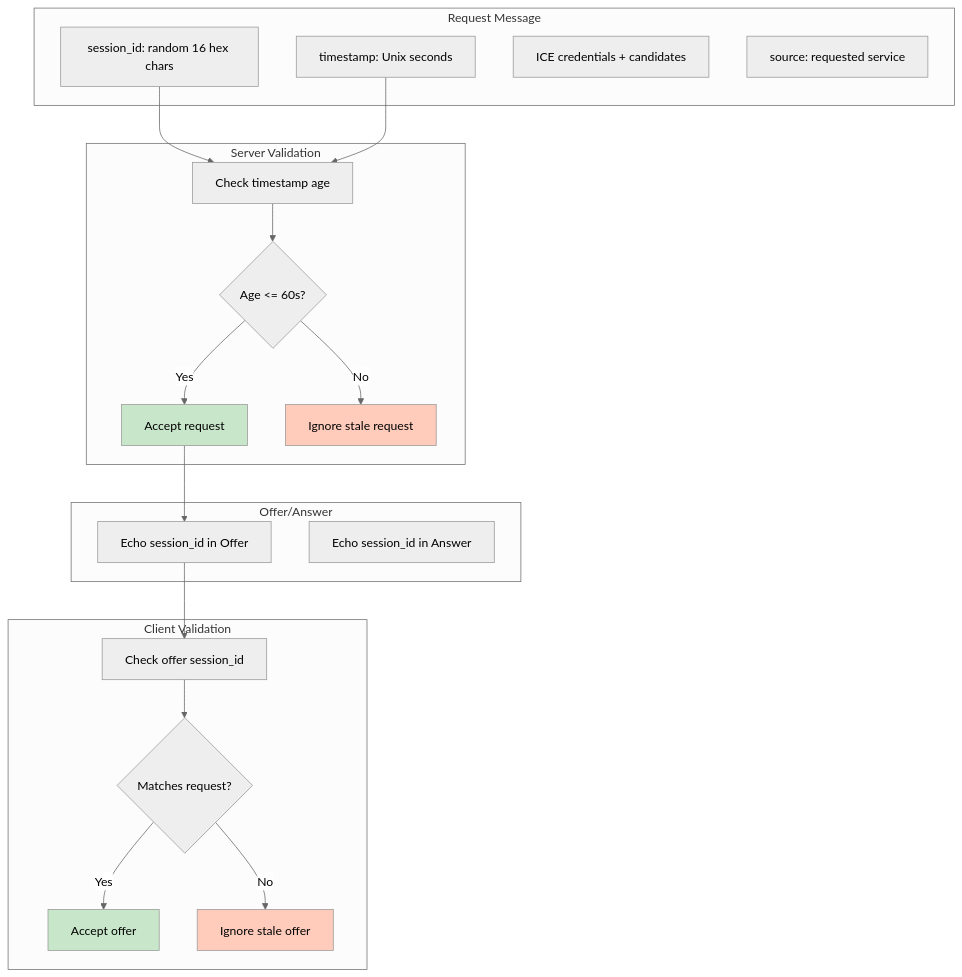
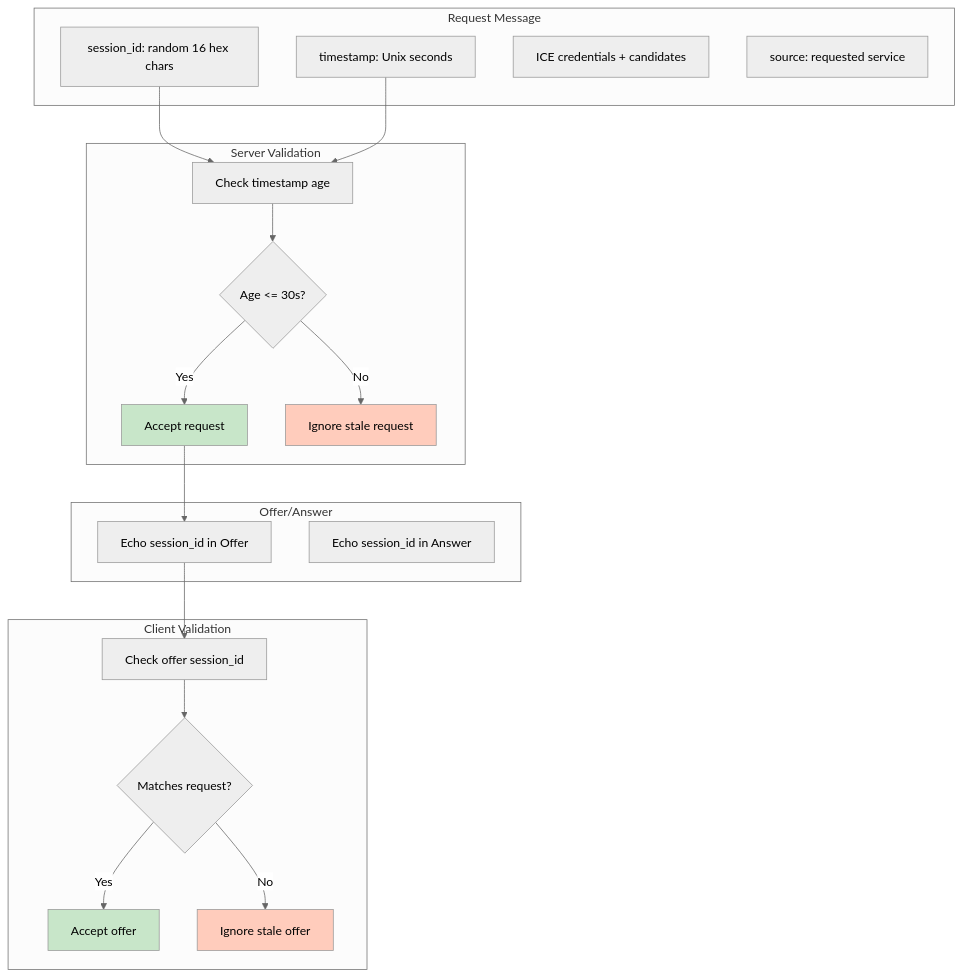
Before and after one commit to andrewtheguy/vpn-rs: diagram 20 of 35 in docs/ARCHITECTURE.md, drawn with Mermaid (neutral theme). The commit also changed other lines of this file and 2 other files, not shown here.

````diff
--- a/docs/ARCHITECTURE.md
+++ b/docs/ARCHITECTURE.md
@@ -845,45 +845,45 @@
 ```mermaid
 graph TB
     subgraph "Request Message"
         A[session_id: random 16 hex chars]
         B[timestamp: Unix seconds]
         C[ICE credentials + candidates]
         C2[source: requested service]
     end
 
     subgraph "Server Validation"
         D[Check timestamp age]
-        E{Age <= 60s?}
+        E{Age <= 30s?}
         F[Accept request]
         G[Ignore stale request]
     end
 
     subgraph "Offer/Answer"
         H[Echo session_id in Offer]
         I[Echo session_id in Answer]
     end
 
     subgraph "Client Validation"
         J[Check offer session_id]
         K{Matches request?}
         L[Accept offer]
         M[Ignore stale offer]
     end
 
     A --> D
     B --> D
     D --> E
     E -->|Yes| F
     E -->|No| G
 
     F --> H
     H --> J
     J --> K
     K -->|Yes| L
     K -->|No| M
 
     style F fill:#C8E6C9
     style L fill:#C8E6C9
     style G fill:#FFCCBC
     style M fill:#FFCCBC
 ```
````
